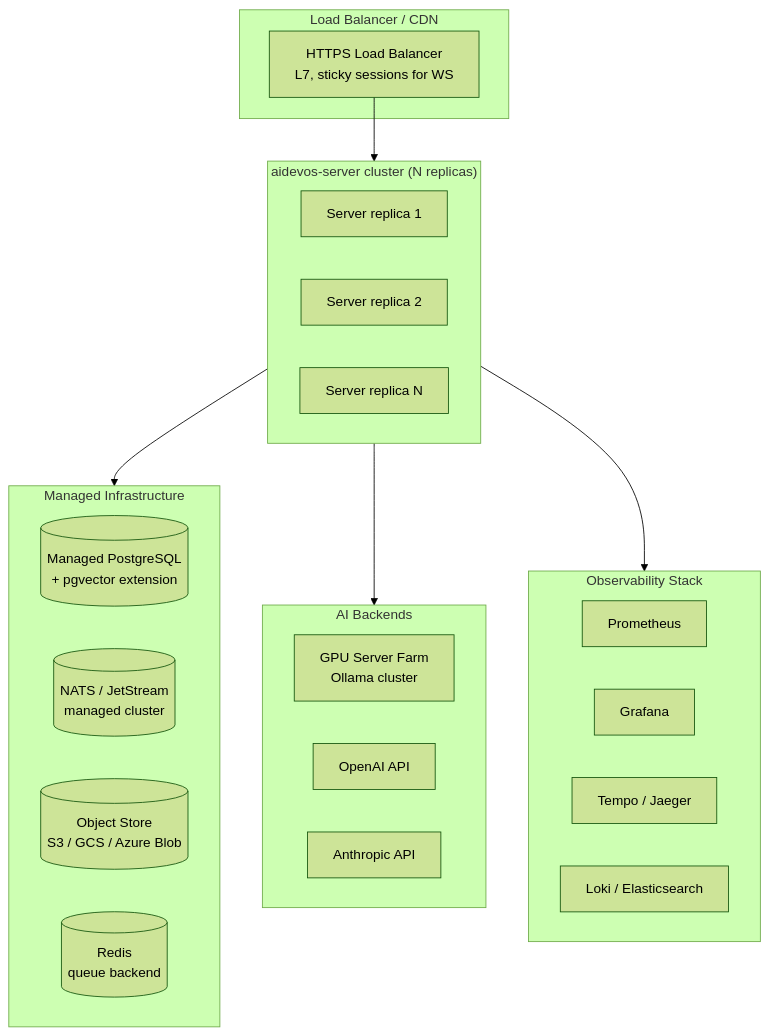
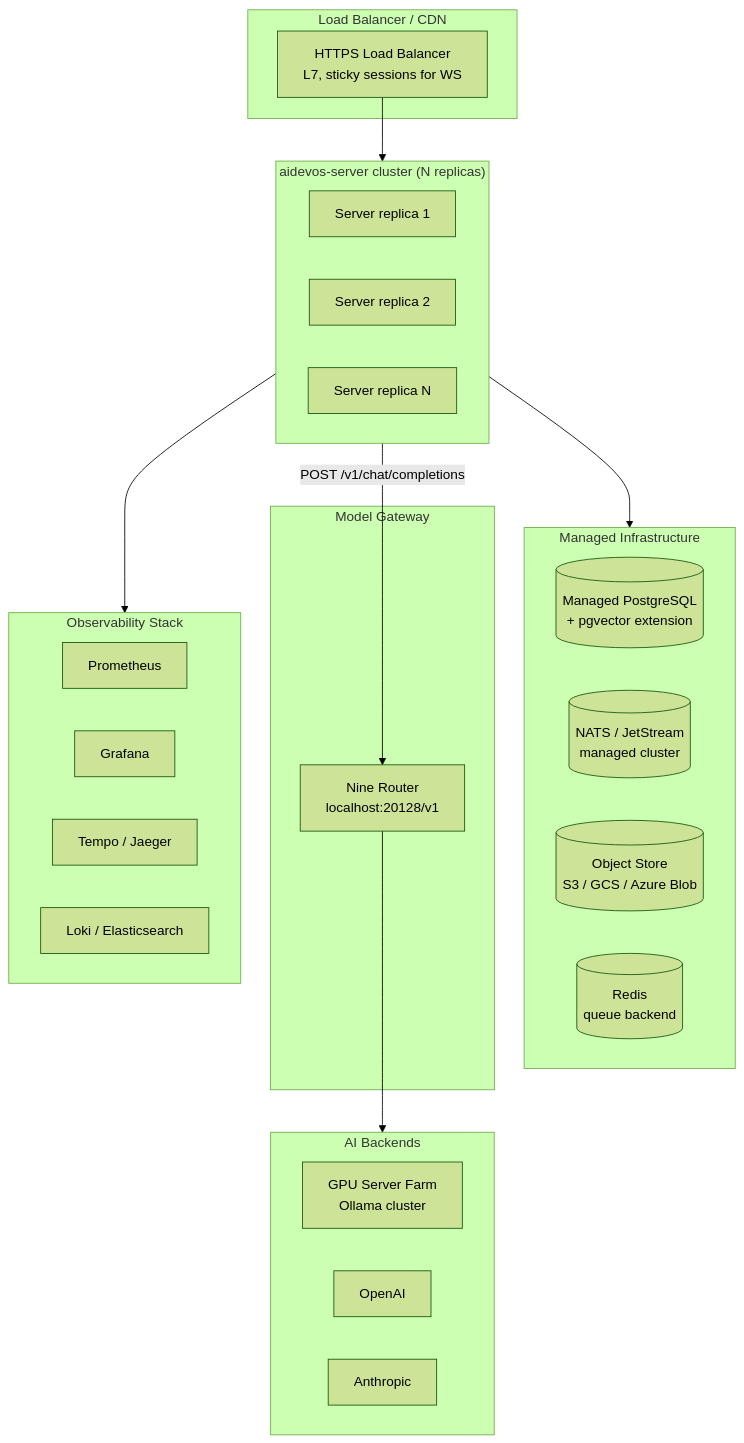
Before and after one commit to User-me-ex/ai-dev-docs-hub: the third of 3 diagrams in diagrams/DEPLOYMENT_TOPOLOGY.md, drawn with Mermaid (forest theme). The commit also changed other lines of this file and 19 other files, not shown here.

First line of the commit message:
fix(P0/P1): resolve remaining architecture findings

````diff
--- a/diagrams/DEPLOYMENT_TOPOLOGY.md
+++ b/diagrams/DEPLOYMENT_TOPOLOGY.md
@@ -126,37 +136,42 @@
 ```mermaid
 flowchart TB
   subgraph CDN_LB["Load Balancer / CDN"]
     LB[HTTPS Load Balancer\nL7, sticky sessions for WS]
   end
 
   subgraph AIDEVOS_CLUSTER["aidevos-server cluster (N replicas)"]
     S1[Server replica 1]
     S2[Server replica 2]
     SN[Server replica N]
   end
 
   subgraph MANAGED_INFRA["Managed Infrastructure"]
     PG_CLOUD[("Managed PostgreSQL\n+ pgvector extension")]
     NATS_CLOUD[(NATS / JetStream\nmanaged cluster)]
     S3_OBJ[("Object Store\nS3 / GCS / Azure Blob")]
     REDIS_QUEUE[(Redis\nqueue backend)]
   end
 
+  subgraph GATEWAY["Model Gateway"]
+    NR_CLUSTER[Nine Router\nlocalhost:20128/v1]
+  end
+
   subgraph AI_BACKENDS["AI Backends"]
     OLLAMA_FARM[GPU Server Farm\nOllama cluster]
-    OAI3[OpenAI API]
-    ANT3[Anthropic API]
+    OAI3[OpenAI]
+    ANT3[Anthropic]
   end
 
   subgraph OBSERVABILITY["Observability Stack"]
     PROM[Prometheus]
     GRAF[Grafana]
     TEMPO[Tempo / Jaeger]
     LOKI[Loki / Elasticsearch]
   end
 
   LB --> AIDEVOS_CLUSTER
   AIDEVOS_CLUSTER --> MANAGED_INFRA
-  AIDEVOS_CLUSTER --> AI_BACKENDS
+  AIDEVOS_CLUSTER -->|"POST /v1/chat/completions"| NR_CLUSTER
+  NR_CLUSTER --> AI_BACKENDS
   AIDEVOS_CLUSTER --> OBSERVABILITY
 ```
````
